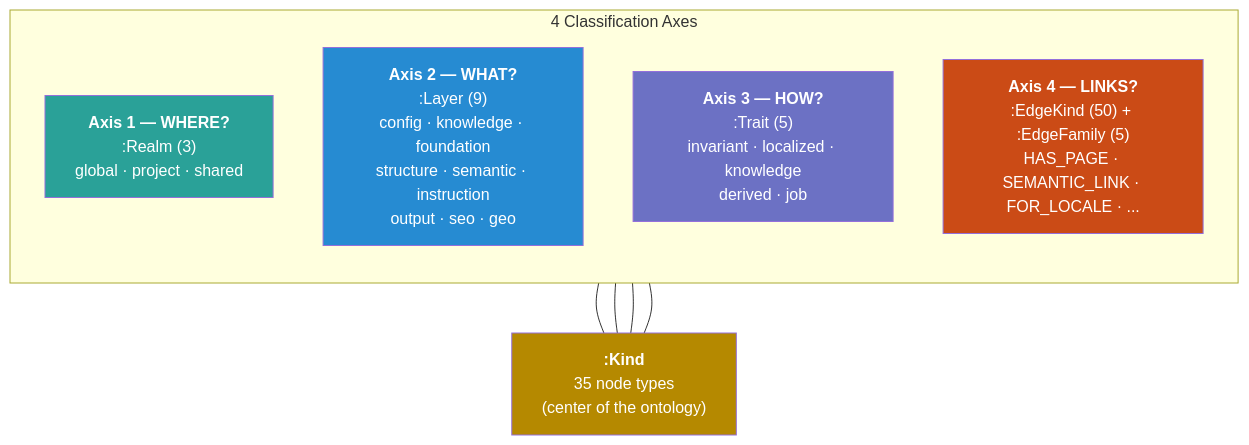
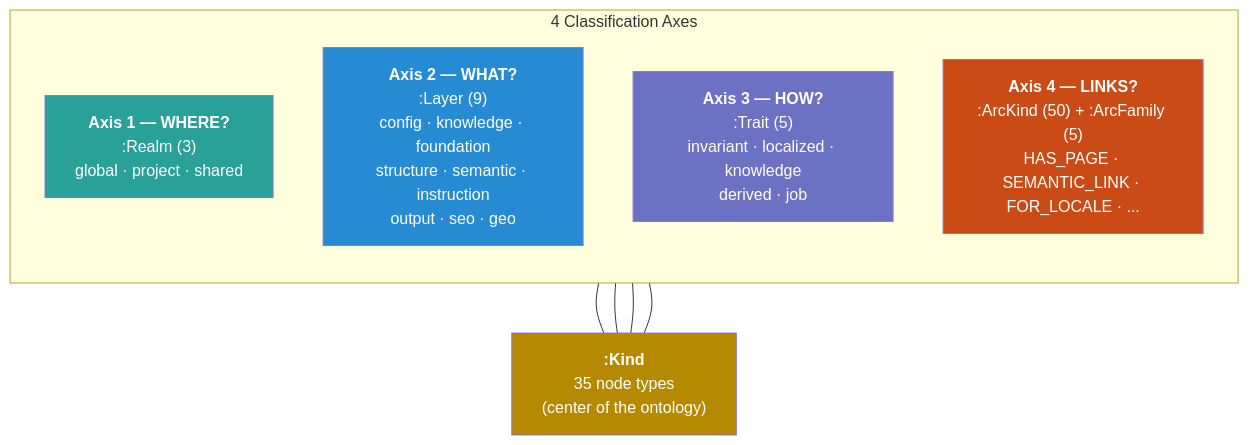
The second of 8 diagrams in docs/ONTOLOGY-V9.md (supernovae-st/novanet), drawn with Mermaid before and after one commit. The commit also changed other lines of this file and 52 other files, not shown here.

First line of the commit message:
refactor: v9.5 nomenclature cleanup (Edge→Arc, Relations→Arcs)

````diff
--- a/docs/ONTOLOGY-V9.md
+++ b/docs/ONTOLOGY-V9.md
@@ -107,23 +107,23 @@
 ```mermaid
 flowchart TB
   subgraph AXES["4 Classification Axes"]
     direction TB
     A1["<b>Axis 1 — WHERE?</b>\n:Realm (3)\nglobal · project · shared"]
     A2["<b>Axis 2 — WHAT?</b>\n:Layer (9)\nconfig · knowledge · foundation\nstructure · semantic · instruction\noutput · seo · geo"]
     A3["<b>Axis 3 — HOW?</b>\n:Trait (5)\ninvariant · localized · knowledge\nderived · job"]
-    A4["<b>Axis 4 — LINKS?</b>\n:EdgeKind (50) + :EdgeFamily (5)\nHAS_PAGE · SEMANTIC_LINK · FOR_LOCALE · ..."]
+    A4["<b>Axis 4 — LINKS?</b>\n:ArcKind (50) + :ArcFamily (5)\nHAS_PAGE · SEMANTIC_LINK · FOR_LOCALE · ..."]
   end
 
   KIND["<b>:Kind</b>\n35 node types\n(center of the ontology)"]
 
   A1 --- KIND
   A2 --- KIND
   A3 --- KIND
   A4 --- KIND
 
   style A1 fill:#2aa198,color:#fff
   style A2 fill:#268bd2,color:#fff
   style A3 fill:#6c71c4,color:#fff
   style A4 fill:#cb4b16,color:#fff
   style KIND fill:#b58900,color:#fff
 ```
````
